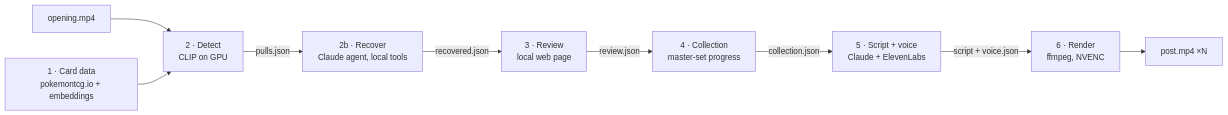
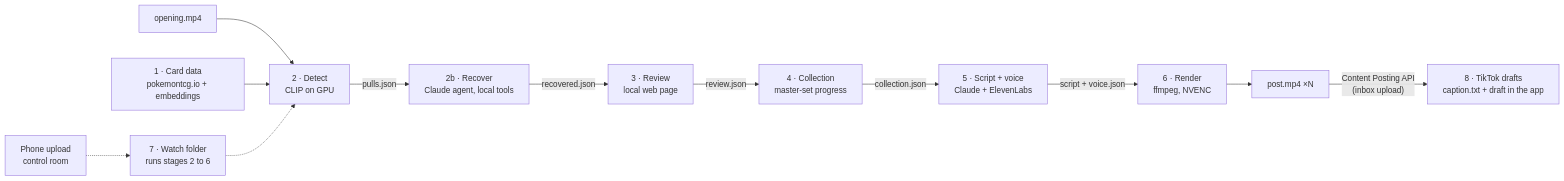
One commit to cshipleygit/pokepipe changed the diagram in README.md. Above: the diagram before and after it, drawn with Mermaid. The commit also changed other lines of this file, not shown here.

Commit message:
README: drop the rocket-bar mention; add TikTok drafts and control room to the diagram and stage table

````diff
--- a/README.md
+++ b/README.md
@@ -60,11 +60,14 @@
 ```mermaid
 flowchart LR
     V[opening.mp4] --> D["2 · Detect<br/>CLIP on GPU"]
     C["1 · Card data<br/>pokemontcg.io + embeddings"] --> D
     D -->|pulls.json| A["2b · Recover<br/>Claude agent, local tools"]
     A -->|recovered.json| R["3 · Review<br/>local web page"]
     R -->|review.json| K["4 · Collection<br/>master-set progress"]
     K -->|collection.json| N["5 · Script + voice<br/>Claude + ElevenLabs"]
     N -->|script + voice.json| E["6 · Render<br/>ffmpeg, NVENC"]
     E --> P[post.mp4 ×N]
+    P -->|"Content Posting API<br/>(inbox upload)"| T["8 · TikTok drafts<br/>caption.txt + draft in the app"]
+    U["Phone upload<br/>control room"] -.-> W["7 · Watch folder<br/>runs stages 2 to 6"]
+    W -.-> D
 ```
````
